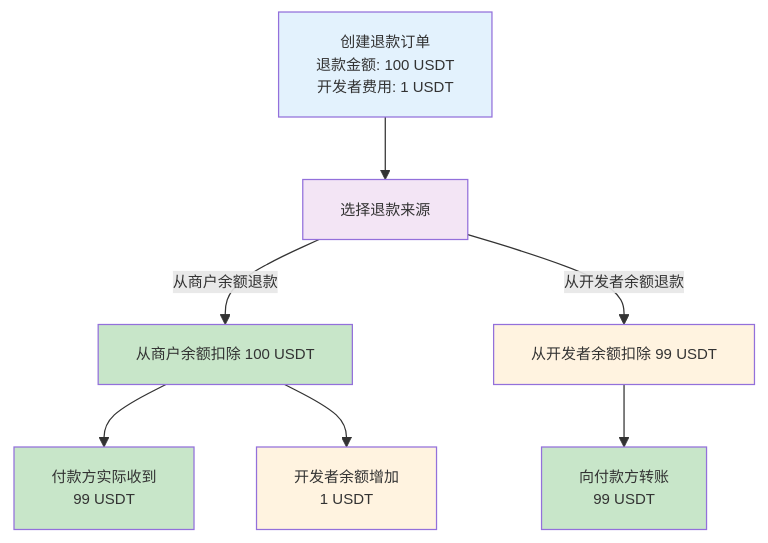
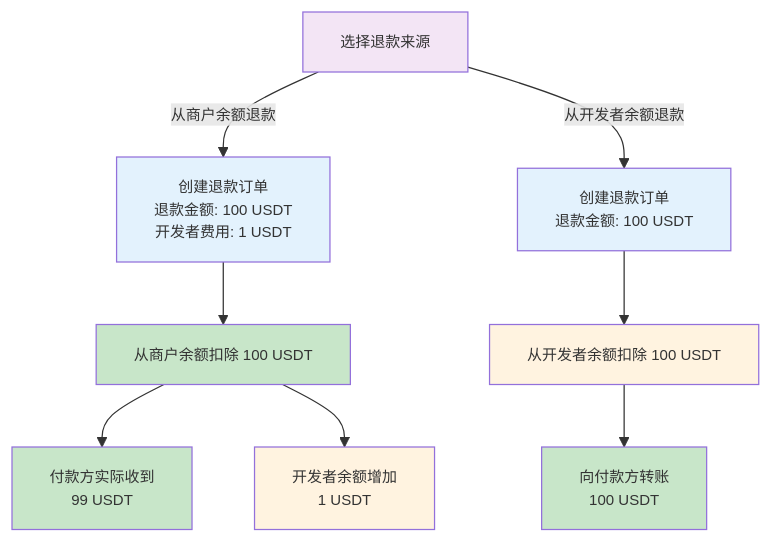
The fourth of 5 diagrams in v2_cn/payments/amounts-and-balances.mdx (rcsh1/developer-site), drawn with Mermaid before and after one commit. The commit also changed other lines of this file and 8 other files, not shown here.

````diff
--- a/v2_cn/payments/amounts-and-balances.mdx
+++ b/v2_cn/payments/amounts-and-balances.mdx
@@ -132,21 +133,23 @@
 ```mermaid
 %%{init: {'themeVariables': { 'fontSize': '12px'}}}%%
 graph TD
-    E[创建退款订单<br/>退款金额: 100 USDT<br/>开发者费用: 1 USDT] --> F[选择退款来源]
+    F[选择退款来源] -->|从商户余额退款| E1[创建退款订单<br/>退款金额: 100 USDT<br/>开发者费用: 1 USDT]
+    F -->|从开发者余额退款| E2[创建退款订单<br/>退款金额: 100 USDT]
     
-    F -->|从商户余额退款| G[从商户余额扣除 100 USDT]
-    F -->|从开发者余额退款| H[从开发者余额扣除 99 USDT]
+    E1 --> G[从商户余额扣除 100 USDT]
+    E2 --> H[从开发者余额扣除 100 USDT]
     
     G --> J[付款方实际收到<br/>99 USDT]
     G --> K[开发者余额增加<br/>1 USDT]
     
-    H --> L[向付款方转账<br/>99 USDT]
+    H --> L[向付款方转账<br/>100 USDT]
     
-    style E fill:#e3f2fd
     style F fill:#f3e5f5
+    style E1 fill:#e3f2fd
+    style E2 fill:#e3f2fd
     style G fill:#c8e6c9
     style H fill:#fff3e0
     style J fill:#c8e6c9
     style K fill:#fff3e0
     style L fill:#c8e6c9
 ```
````
